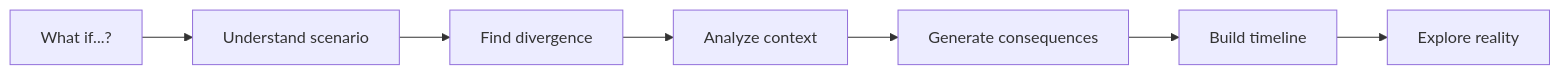
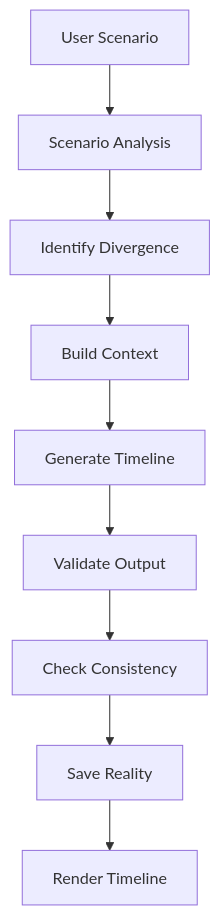
Before and after one commit to JoaoHero/what-if: the second of 3 diagrams in README.md, drawn with Mermaid. The commit also changed other lines of this file, not shown here.

````diff
--- a/README.md
+++ b/README.md
@@ -84,9 +311,11 @@
 ```mermaid
-flowchart LR
-    A["What if...?"] --> B["Understand scenario"]
-    B --> C["Find divergence"]
-    C --> D["Analyze context"]
-    D --> E["Generate consequences"]
-    E --> F["Build timeline"]
-    F --> G["Explore reality"]
+flowchart TD
+    A["User Scenario"] --> B["Scenario Analysis"]
+    B --> C["Identify Divergence"]
+    C --> D["Build Context"]
+    D --> E["Generate Timeline"]
+    E --> F["Validate Output"]
+    F --> G["Check Consistency"]
+    G --> H["Save Reality"]
+    H --> I["Render Timeline"]
 ```
````
